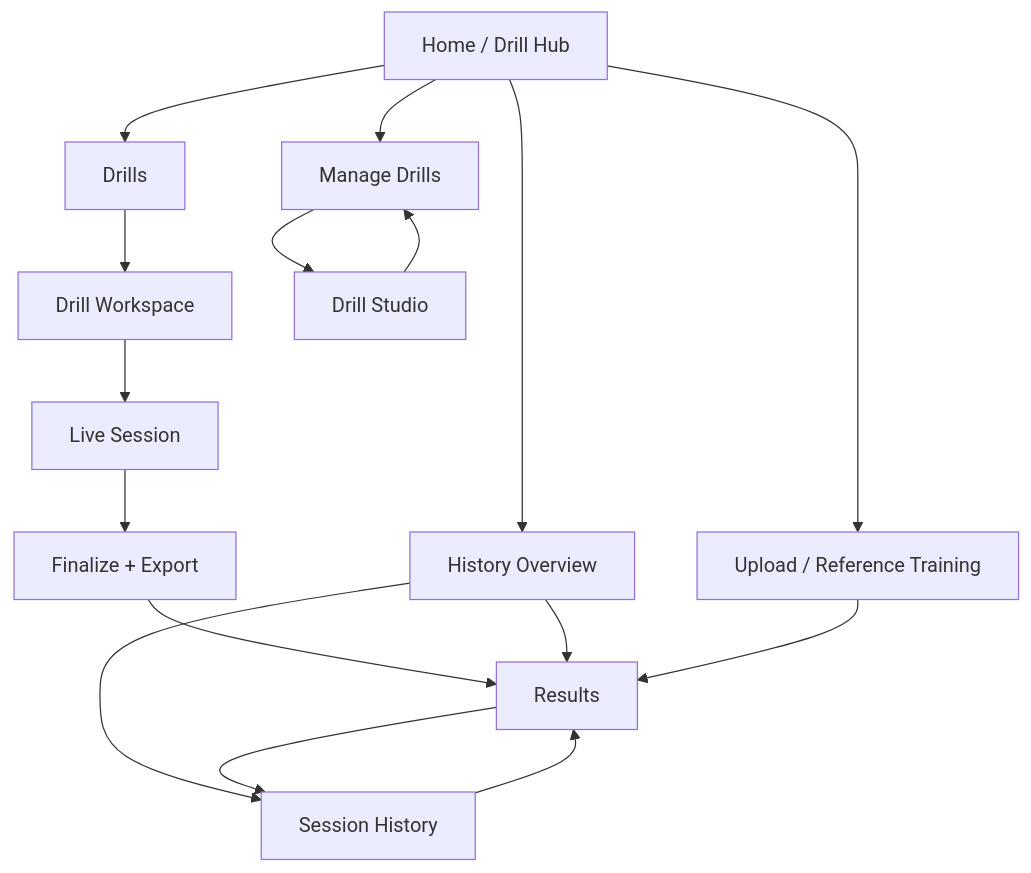
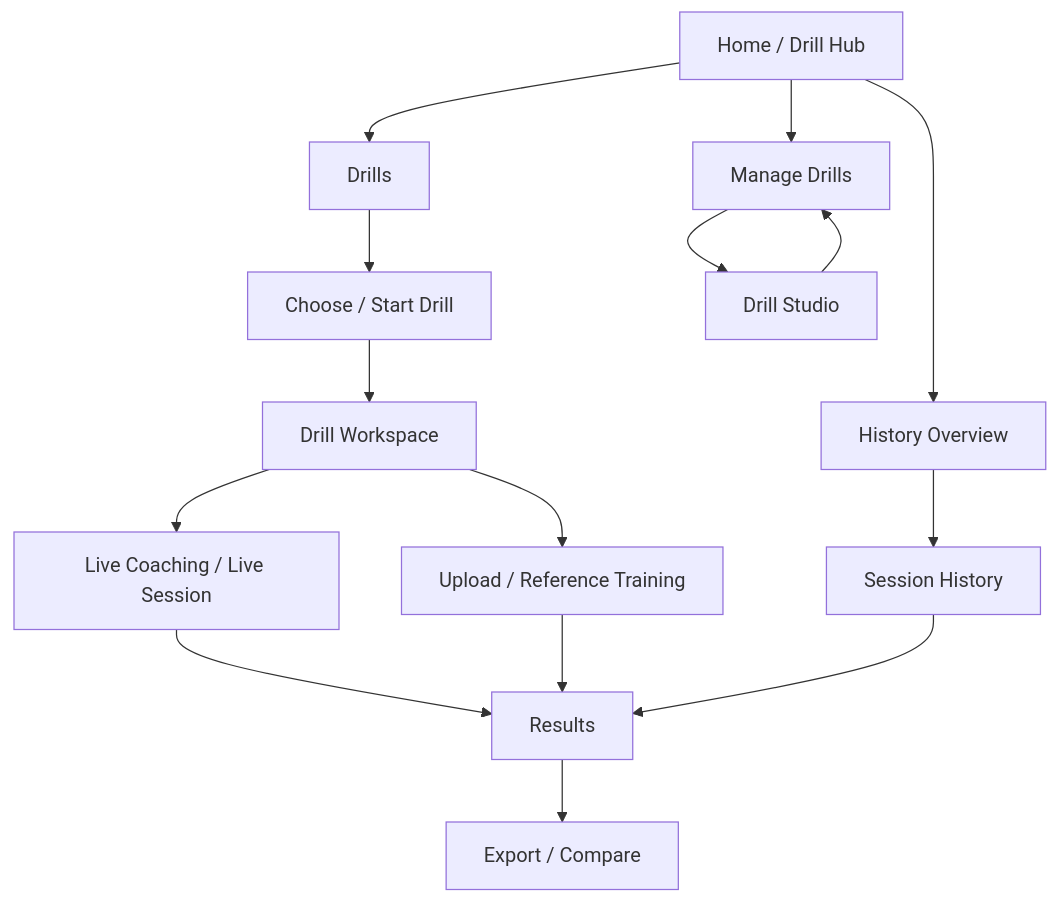
One commit to Voycepeh/Handstand-App changed the third of 4 diagrams in README.md. Above: the diagram before and after it, drawn with Mermaid. The commit also changed other lines of this file and 1 other file, not shown here.

Commit message:
docs: refocus README diagrams around live coaching flow

````diff
--- a/README.md
+++ b/README.md
@@ -75,23 +75,24 @@
 ```mermaid
 flowchart TD
     HOME[Home / Drill Hub]
     DRILLS[Drills]
+    START[Choose / Start Drill]
     WORKSPACE[Drill Workspace]
-    LIVE[Live Session]
-    FINALIZE[Finalize + Export]
+    LIVE[Live Coaching / Live Session]
+    UPLOAD[Upload / Reference Training]
     RESULTS[Results]
     OVERVIEW[History Overview]
     HISTORY[Session History]
     MANAGE[Manage Drills]
     STUDIO[Drill Studio]
-    UPLOAD[Upload / Reference Training]
+    EXPORT[Export / Compare]
 
-    HOME --> DRILLS --> WORKSPACE --> LIVE --> FINALIZE --> RESULTS
-    HOME --> OVERVIEW --> RESULTS
-    OVERVIEW --> HISTORY
-    RESULTS --> HISTORY
-    HISTORY --> RESULTS
+    HOME --> DRILLS --> START --> WORKSPACE
+    WORKSPACE --> LIVE --> RESULTS
+    WORKSPACE --> UPLOAD --> RESULTS
+
+    HOME --> OVERVIEW --> HISTORY --> RESULTS
+    RESULTS --> EXPORT
 
     HOME --> MANAGE --> STUDIO --> MANAGE
-    HOME --> UPLOAD --> RESULTS
 ```
````
